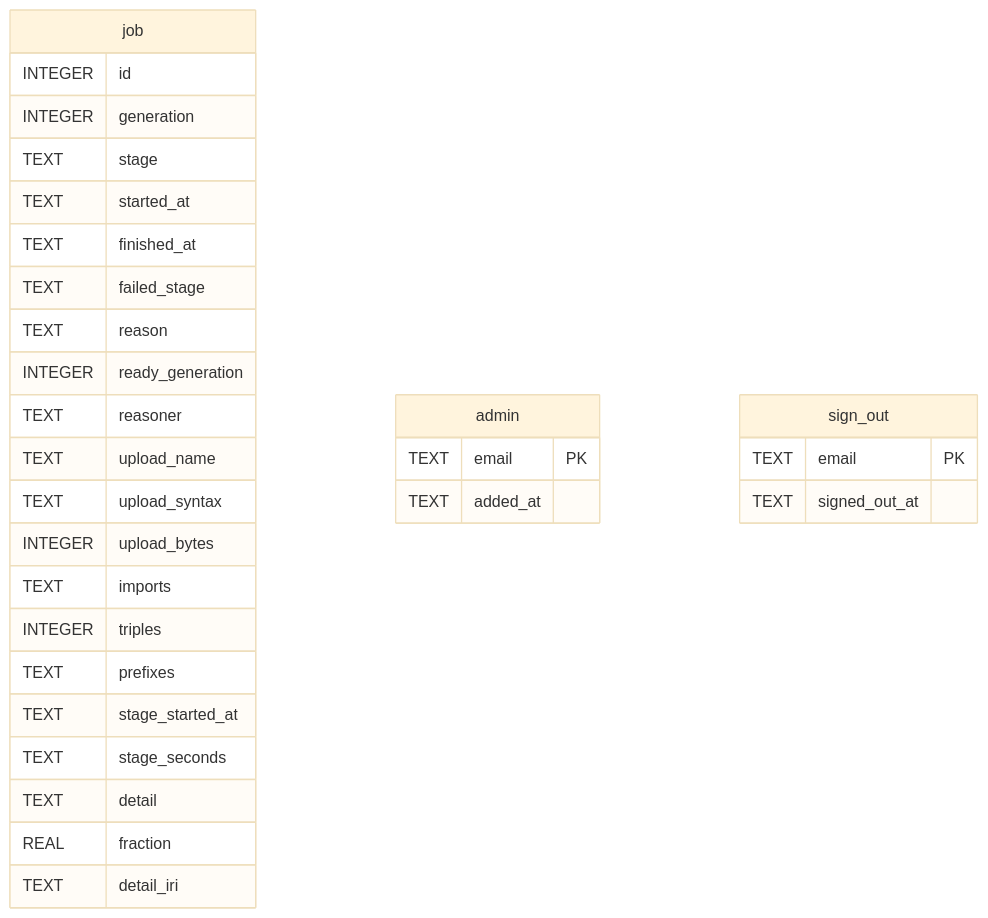
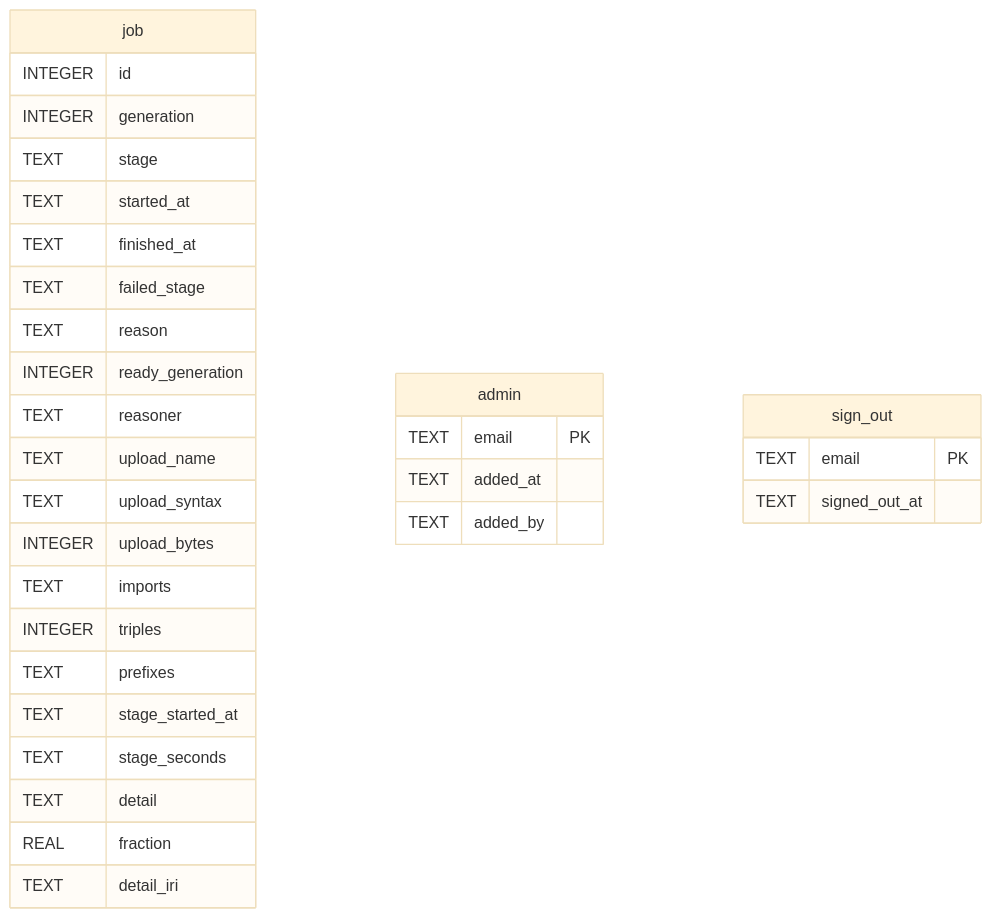
The diagram in docs/schema/state/README.md (jclerman/browl), drawn with Mermaid (base theme) before and after one commit. The commit also changed other lines of this file and 20 other files, not shown here.

````diff
--- a/docs/schema/state/README.md
+++ b/docs/schema/state/README.md
@@ -20,35 +20,36 @@
 ```mermaid
 erDiagram
 
 
 "job" {
   INTEGER id
   INTEGER generation
   TEXT stage
   TEXT started_at
   TEXT finished_at
   TEXT failed_stage
   TEXT reason
   INTEGER ready_generation
   TEXT reasoner
   TEXT upload_name
   TEXT upload_syntax
   INTEGER upload_bytes
   TEXT imports
   INTEGER triples
   TEXT prefixes
   TEXT stage_started_at
   TEXT stage_seconds
   TEXT detail
   REAL fraction
   TEXT detail_iri
 }
 "admin" {
   TEXT email PK
   TEXT added_at
+  TEXT added_by
 }
 "sign_out" {
   TEXT email PK
   TEXT signed_out_at
 }
 ```
````
